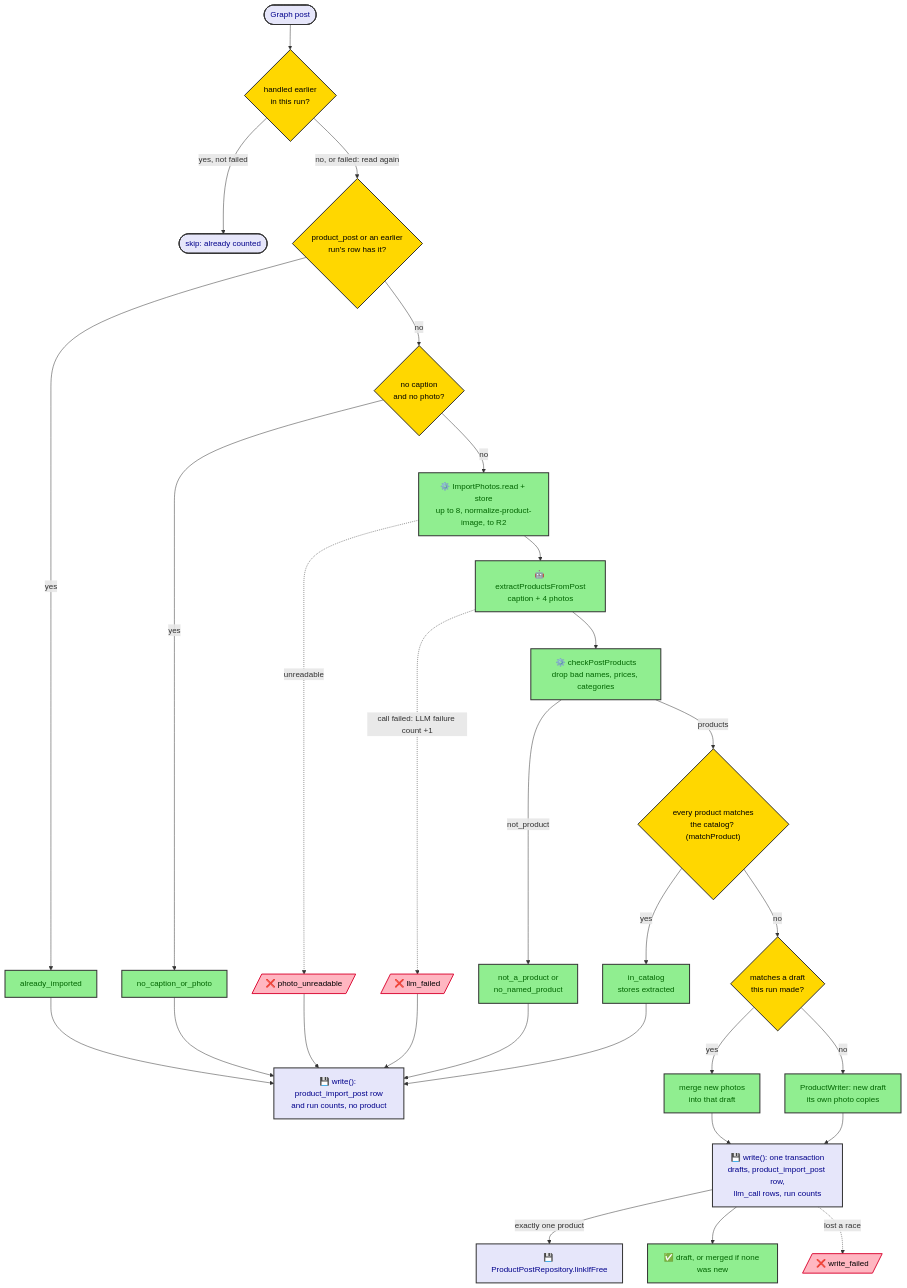
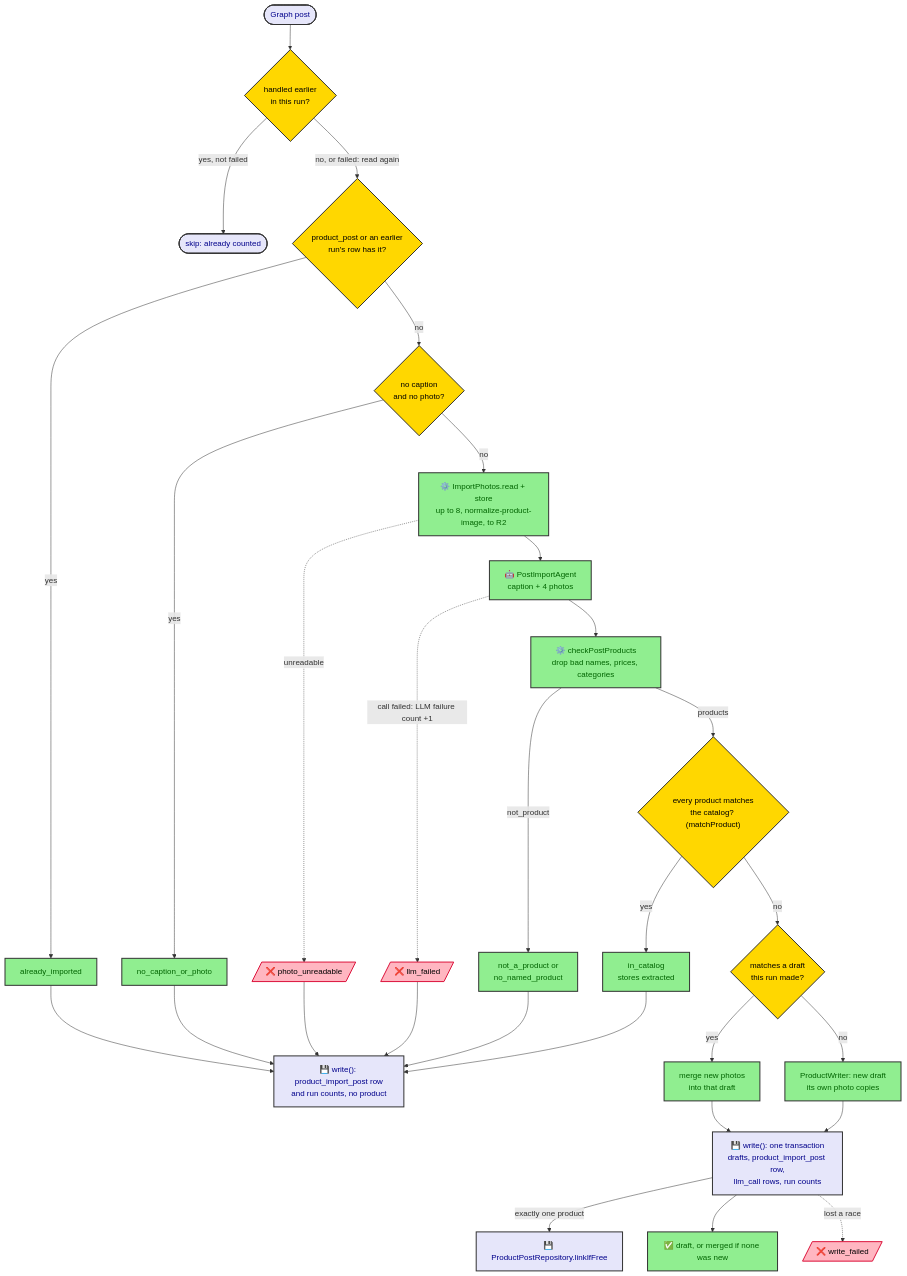
The third of 3 diagrams in docs/features/13-facebook-post-import/flow.md (nabil404/project-alpha), drawn with Mermaid before and after one commit. The commit also changed 10 other files, not shown here.

````diff
--- a/docs/features/13-facebook-post-import/flow.md
+++ b/docs/features/13-facebook-post-import/flow.md
@@ -117,50 +117,50 @@
 ```mermaid
 flowchart TD
     post([Graph post]) --> own{"handled earlier<br/>in this run?"}
     own -- "yes, not failed" --> done([skip: already counted])
     own -- "no, or failed: read again" --> before{"product_post or an earlier<br/>run's row has it?"}
 
     before -- yes --> rImported["already_imported"]
     before -- no --> empty{"no caption<br/>and no photo?"}
     empty -- yes --> rEmpty["no_caption_or_photo"]
     empty -- no --> photos["⚙️ ImportPhotos.read + store<br/>up to 8, normalize-product-image, to R2"]
 
     photos -. unreadable .-> rPhoto[/"❌ photo_unreadable"/]
-    photos --> llm["🤖 extractProductsFromPost<br/>caption + 4 photos"]
+    photos --> llm["🤖 PostImportAgent<br/>caption + 4 photos"]
     llm -. "call failed: LLM failure count +1" .-> rLlm[/"❌ llm_failed"/]
     llm --> check["⚙️ checkPostProducts<br/>drop bad names, prices, categories"]
 
     check -- "not_product" --> rNot["not_a_product or<br/>no_named_product"]
     check -- products --> catalog{"every product matches<br/>the catalog? (matchProduct)"}
     catalog -- yes --> rCatalog["in_catalog<br/>stores extracted"]
     catalog -- no --> repeat{"matches a draft<br/>this run made?"}
     repeat -- yes --> merge["merge new photos<br/>into that draft"]
     repeat -- no --> create["ProductWriter: new draft<br/>its own photo copies"]
 
     merge --> write
     create --> write
     write["💾 write(): one transaction<br/>drafts, product_import_post row,<br/>llm_call rows, run counts"]
     write -- "exactly one product" --> link["💾 ProductPostRepository.linkIfFree"]
     write --> rDraft["✅ draft, or merged if none was new"]
     write -. lost a race .-> rWrite[/"❌ write_failed"/]
 
     rImported --> rec
     rEmpty --> rec
     rNot --> rec
     rCatalog --> rec
     rPhoto --> rec
     rLlm --> rec
     rec["💾 write(): product_import_post row<br/>and run counts, no product"]
 
     classDef entry fill:#E6E6FA,stroke:#333,stroke-width:2px,color:#00008B
     classDef decision fill:#FFD700,stroke:#333,stroke-width:2px,color:#000
     classDef work fill:#90EE90,stroke:#333,stroke-width:2px,color:#006400
     classDef store fill:#E6E6FA,stroke:#333,stroke-width:2px,color:#00008B
     classDef reject fill:#FFB6C1,stroke:#DC143C,stroke-width:2px,color:#000
 
     class post,done entry
     class own,before,empty,catalog,repeat decision
     class photos,llm,check,merge,create,rImported,rEmpty,rNot,rCatalog,rDraft work
     class write,link,rec store
     class rPhoto,rLlm,rWrite reject
 ```
````
